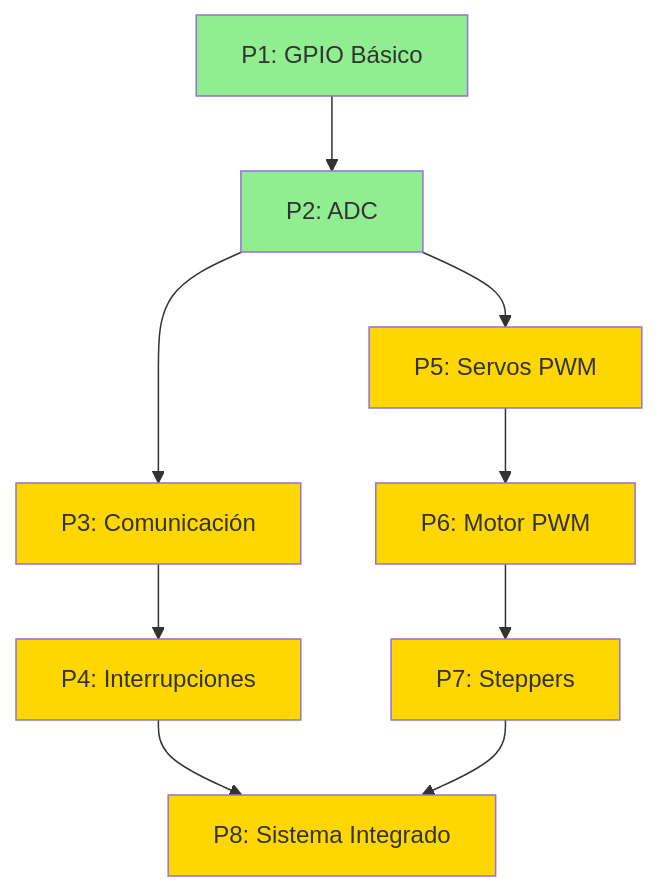
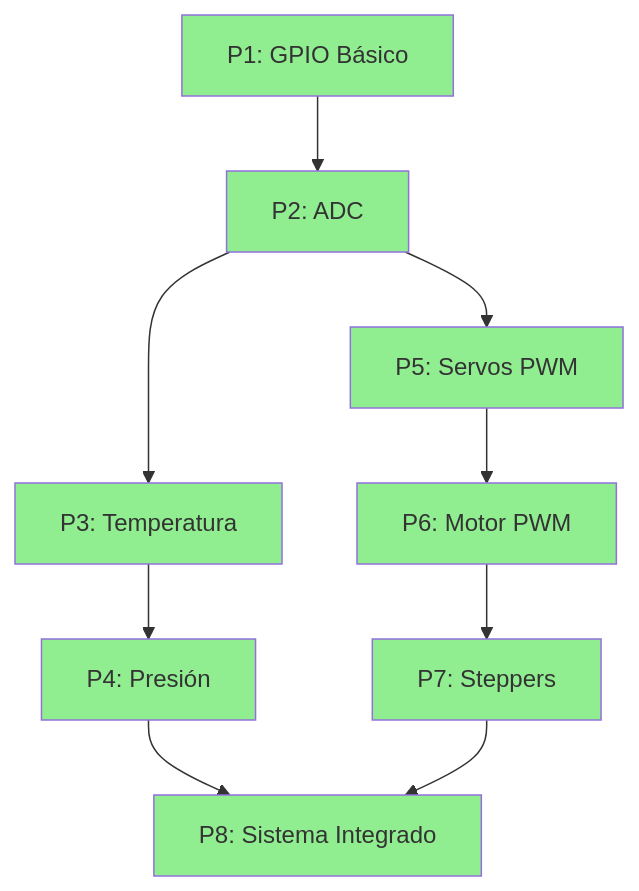
Before and after one commit to EU97/SISELA-Init: the diagram in MicroPython/RP2040/README.md, drawn with Mermaid. The commit also changed other lines of this file and 11 other files, not shown here.

Commit message:
feat: Update documentation and add wiring diagrams for P1 and P2 practices; enhance README with current implementation status

````diff
--- a/MicroPython/RP2040/README.md
+++ b/MicroPython/RP2040/README.md
@@ -300,20 +277,20 @@
 ```mermaid
 graph TD
     A[P1: GPIO Básico] --> B[P2: ADC]
-    B --> C[P3: Comunicación]
-    C --> D[P4: Interrupciones]
+    B --> C[P3: Temperatura]
+    C --> D[P4: Presión]
     B --> E[P5: Servos PWM]
     E --> F[P6: Motor PWM]
     F --> G[P7: Steppers]
     D --> H[P8: Sistema Integrado]
     G --> H
     
     style A fill:#90EE90
     style B fill:#90EE90
-    style C fill:#FFD700
-    style D fill:#FFD700
-    style E fill:#FFD700
-    style F fill:#FFD700
-    style G fill:#FFD700
-    style H fill:#FFD700
+    style C fill:#90EE90
+    style D fill:#90EE90
+    style E fill:#90EE90
+    style F fill:#90EE90
+    style G fill:#90EE90
+    style H fill:#90EE90
 ```
````
